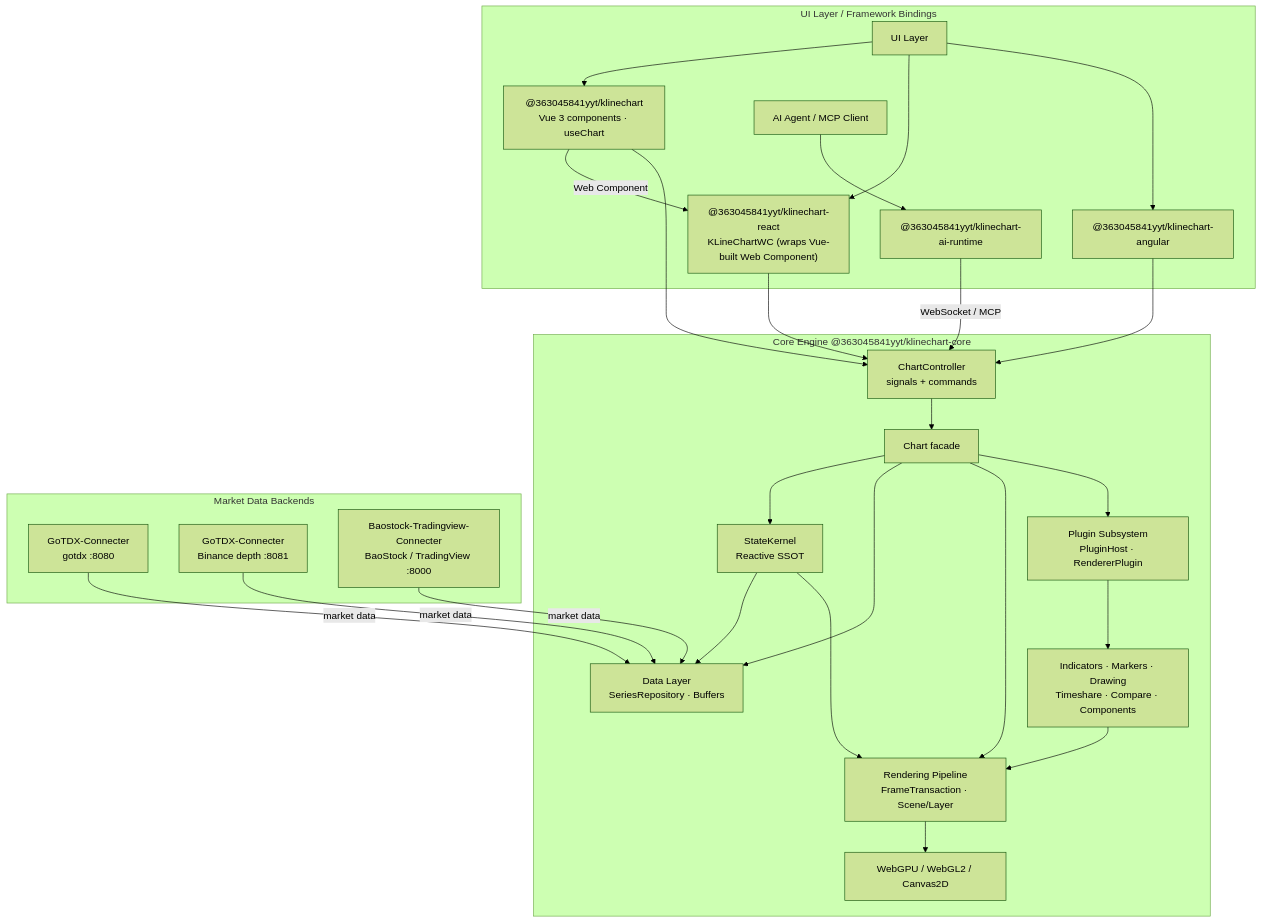
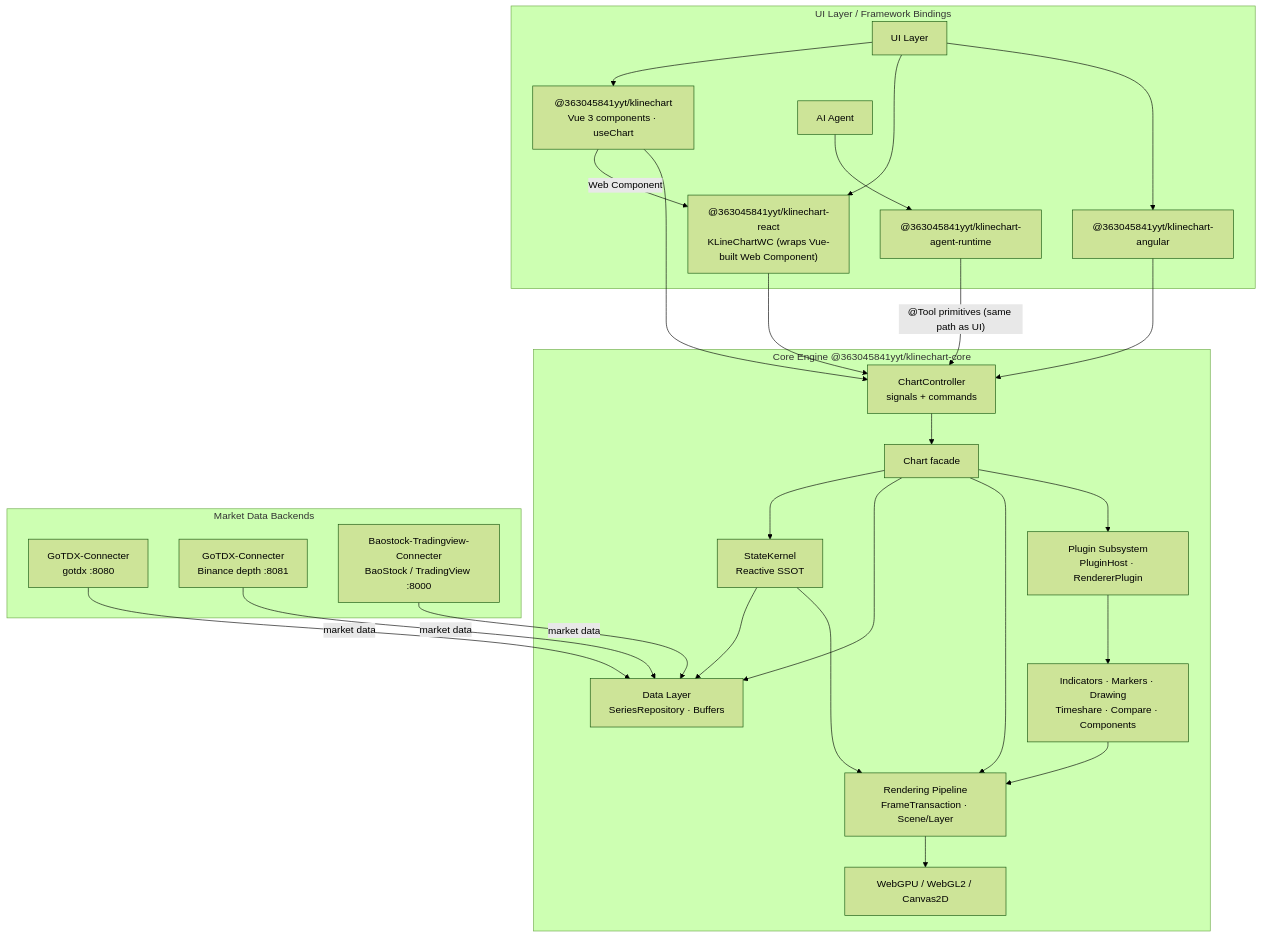
One commit to 363045841/KLineChartQuant changed the diagram in README.md. Above: the diagram before and after it, drawn with Mermaid (forest theme). The commit also changed other lines of this file and 22 other files, not shown here.

First line of the commit message:
docs(readme): replace legacy MCP docs with AI-Native agent runtime

````diff
--- a/README.md
+++ b/README.md
@@ -75,51 +75,51 @@
 ```mermaid
 flowchart TB
     subgraph app["UI Layer / Framework Bindings"]
         UI["UI Layer"]
         VuePkg["@363045841yyt/klinechart<br/>Vue 3 components · useChart"]
         ReactPkg["@363045841yyt/klinechart-react<br/>KLineChartWC (wraps Vue-built Web Component)"]
         AngularPkg["@363045841yyt/klinechart-angular"]
-        Agent["AI Agent / MCP Client"]
-        AiRt["@363045841yyt/klinechart-ai-runtime"]
+        Agent["AI Agent"]
+        AgentRt["@363045841yyt/klinechart-agent-runtime"]
     end
 
     subgraph core["Core Engine @363045841yyt/klinechart-core"]
         Ctl["ChartController<br/>signals + commands"]
         Chart["Chart facade"]
         Kernel["StateKernel<br/>Reactive SSOT"]
         Data["Data Layer<br/>SeriesRepository · Buffers"]
         Pipe["Rendering Pipeline<br/>FrameTransaction · Scene/Layer"]
         GPU["WebGPU / WebGL2 / Canvas2D"]
         Plugin["Plugin Subsystem<br/>PluginHost · RendererPlugin"]
         Biz["Indicators · Markers · Drawing<br/>Timeshare · Compare · Components"]
     end
 
     subgraph conn["Market Data Backends"]
         Go["GoTDX-Connecter<br/>gotdx :8080"]
         Bn["GoTDX-Connecter<br/>Binance depth :8081"]
         Bs["Baostock-Tradingview-Connecter<br/>BaoStock / TradingView :8000"]
     end
 
     UI --> VuePkg
     UI --> ReactPkg
     UI --> AngularPkg
     VuePkg -->|"Web Component"| ReactPkg
-    Agent --> AiRt
+    Agent --> AgentRt
     VuePkg --> Ctl
     ReactPkg --> Ctl
     AngularPkg --> Ctl
-    AiRt -->|WebSocket / MCP| Ctl
+    AgentRt -->|"@Tool primitives (same path as UI)"| Ctl
     Ctl --> Chart
     Chart --> Kernel
     Chart --> Data
     Chart --> Pipe
     Chart --> Plugin
     Plugin --> Biz
     Biz --> Pipe
     Pipe --> GPU
     Go -->|market data| Data
     Bn -->|market data| Data
     Bs -->|market data| Data
     Kernel --> Data
     Kernel --> Pipe
 ```
````
